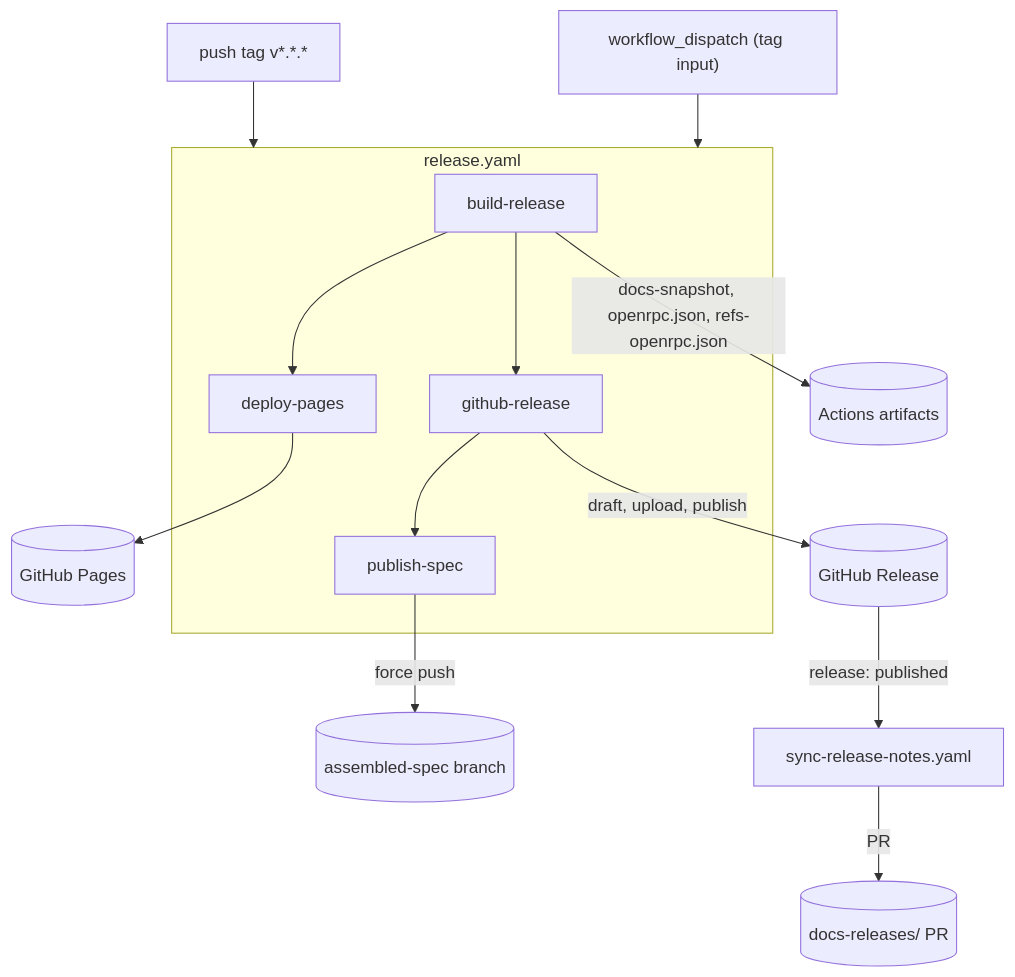
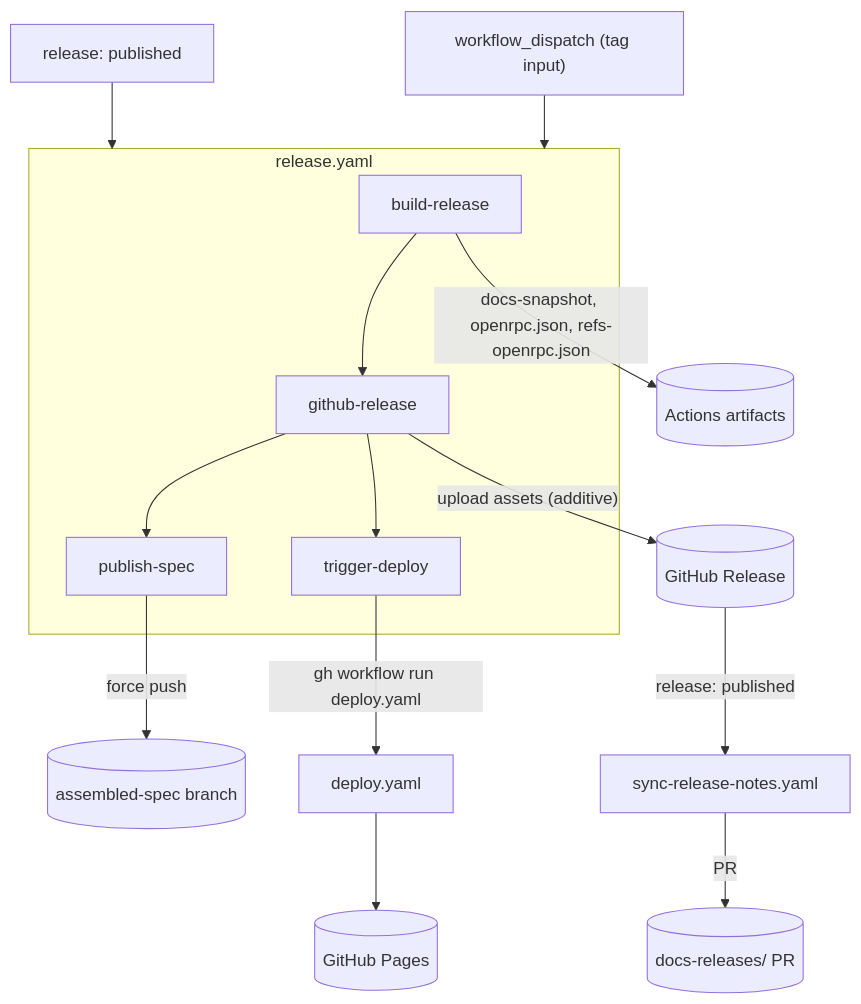
The first of 2 diagrams in .github/workflows/README.md (gnosischain/execution-apis), drawn with Mermaid before and after one commit. The commit also changed other lines of this file and 59 other files, not shown here.

````diff
--- a/.github/workflows/README.md
+++ b/.github/workflows/README.md
@@ -17,23 +18,24 @@
 ```mermaid
 flowchart TD
-  tagPush["push tag v*.*.*"] --> releaseWf
+  releasePublish["release: published"] --> releaseWf
   dispatch["workflow_dispatch (tag input)"] --> releaseWf
 
   subgraph releaseWf [release.yaml]
     buildRelease[build-release]
-    deployPages[deploy-pages]
     ghRelease[github-release]
     publishSpec[publish-spec]
-    buildRelease --> deployPages
+    triggerDeploy[trigger-deploy]
     buildRelease --> ghRelease
     ghRelease --> publishSpec
+    ghRelease --> triggerDeploy
   end
 
   buildRelease -->|"docs-snapshot, openrpc.json, refs-openrpc.json"| artifacts[("Actions artifacts")]
-  deployPages --> pages[("GitHub Pages")]
-  ghRelease -->|"draft, upload, publish"| ghReleasePage[("GitHub Release")]
+  ghRelease -->|"upload assets (additive)"| ghReleasePage[("GitHub Release")]
   publishSpec -->|"force push"| assembledSpec[("assembled-spec branch")]
+  triggerDeploy -->|"gh workflow run deploy.yaml"| deployWf[deploy.yaml]
+  deployWf --> pages[("GitHub Pages")]
 
   ghReleasePage -->|"release: published"| syncNotes[sync-release-notes.yaml]
   syncNotes -->|"PR"| notesPR[("docs-releases/ PR")]
 ```
````
